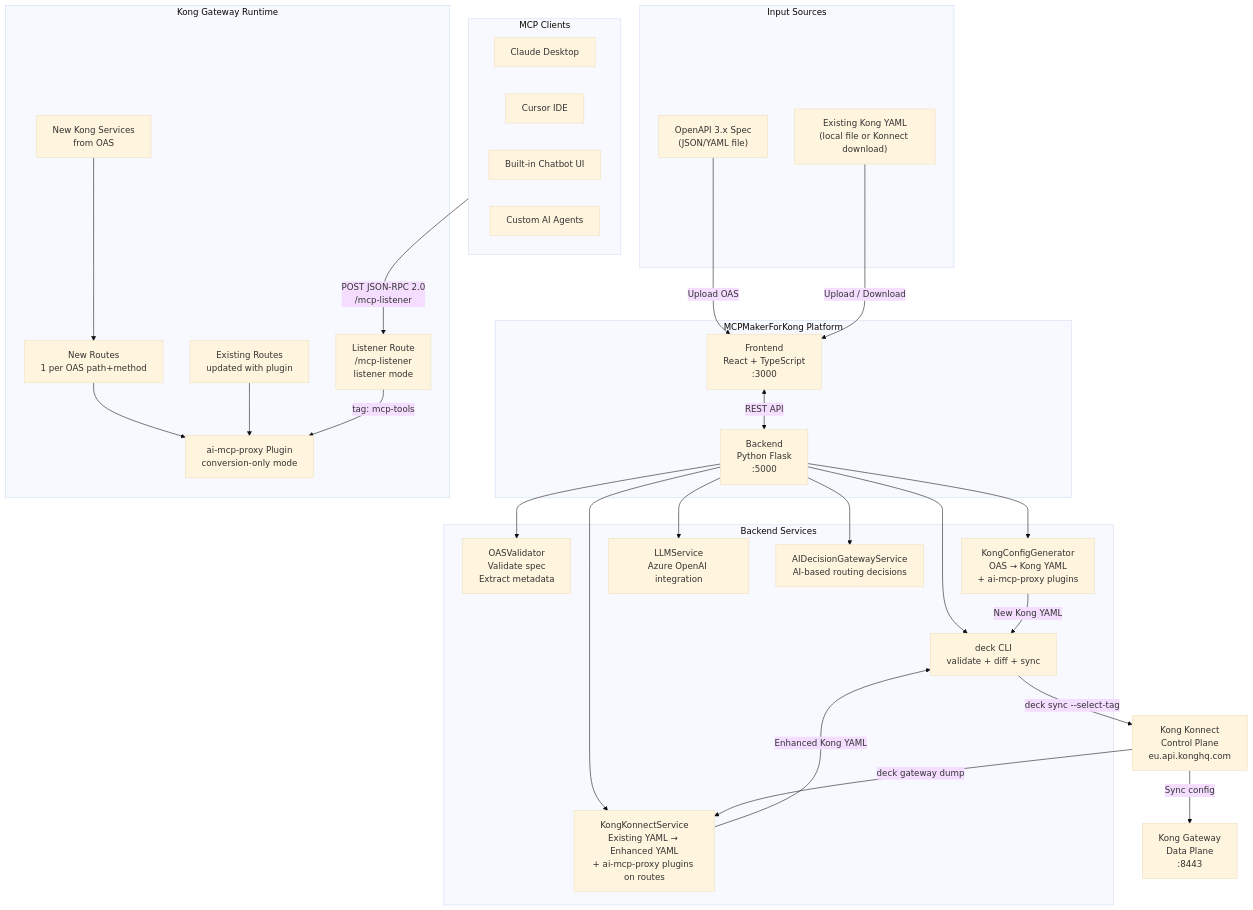
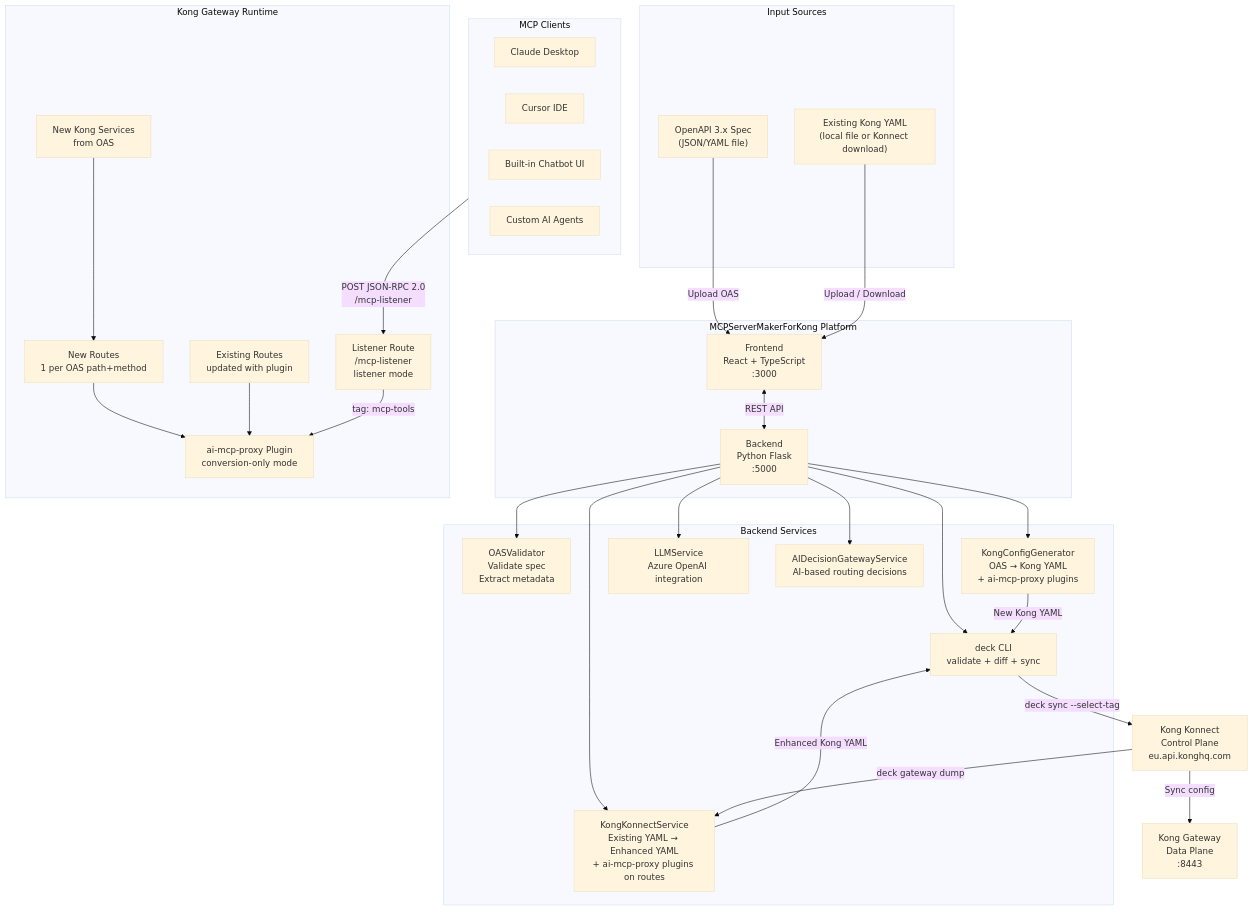
Before and after one commit to SachinGhumbre/AnyAPIsToKongMCPServers: the first of 5 diagrams in README.md, drawn with Mermaid (base theme). The commit also changed other lines of this file, not shown here.

````diff
--- a/README.md
+++ b/README.md
@@ -161,59 +161,59 @@
 ```mermaid
 graph TB
     subgraph Inputs["Input Sources"]
         OAS["OpenAPI 3.x Spec\n(JSON/YAML file)"]
         KONG_YAML["Existing Kong YAML\n(local file or Konnect download)"]
     end
 
-    subgraph Platform["MCPMakerForKong Platform"]
+    subgraph Platform["MCPServerMakerForKong   Platform"]
         FE["Frontend\nReact + TypeScript\n:3000"]
         BE["Backend\nPython Flask\n:5000"]
         FE <-->|REST API| BE
     end
 
     OAS -->|Upload OAS| FE
     KONG_YAML -->|Upload / Download| FE
 
     subgraph BE_Services["Backend Services"]
         OAS_VAL["OASValidator\nValidate spec\nExtract metadata"]
         GEN["KongConfigGenerator\nOAS → Kong YAML\n+ ai-mcp-proxy plugins"]
         ENHANCER["KongKonnectService\nExisting YAML → Enhanced YAML\n+ ai-mcp-proxy plugins on routes"]
         DECK_SVC["deck CLI\nvalidate + diff + sync"]
         LLM["LLMService\nAzure OpenAI integration"]
         AIDG["AIDecisionGatewayService\nAI-based routing decisions"]
     end
 
     BE --> OAS_VAL
     BE --> GEN
     BE --> ENHANCER
     BE --> DECK_SVC
     BE --> LLM
     BE --> AIDG
 
     GEN -->|New Kong YAML| DECK_SVC
     ENHANCER -->|Enhanced Kong YAML| DECK_SVC
     DECK_SVC -->|deck sync --select-tag| KONNECT_CP["Kong Konnect\nControl Plane\neu.api.konghq.com"]
     KONNECT_CP -->|deck gateway dump| ENHANCER
     KONNECT_CP -->|Sync config| KONG_GW["Kong Gateway\nData Plane\n:8443"]
 
     subgraph KONG_GW_DETAIL["Kong Gateway Runtime"]
         SVC_NEW["New Kong Services\nfrom OAS"]
         ROUTES_NEW["New Routes\n1 per OAS path+method"]
         ROUTES_EXISTING["Existing Routes\nupdated with plugin"]
         PLUGIN["ai-mcp-proxy Plugin\nconversion-only mode"]
         LISTENER["Listener Route\n/mcp-listener\nlistener mode"]
         SVC_NEW --> ROUTES_NEW
         ROUTES_NEW --> PLUGIN
         ROUTES_EXISTING --> PLUGIN
         LISTENER -->|tag: mcp-tools| PLUGIN
     end
 
     subgraph CLIENTS["MCP Clients"]
         CLAUDE["Claude Desktop"]
         CURSOR["Cursor IDE"]
         CHATBOT["Built-in Chatbot UI"]
         CUSTOM["Custom AI Agents"]
     end
 
     CLIENTS -->|POST JSON-RPC 2.0\n/mcp-listener| LISTENER
 ```
````
